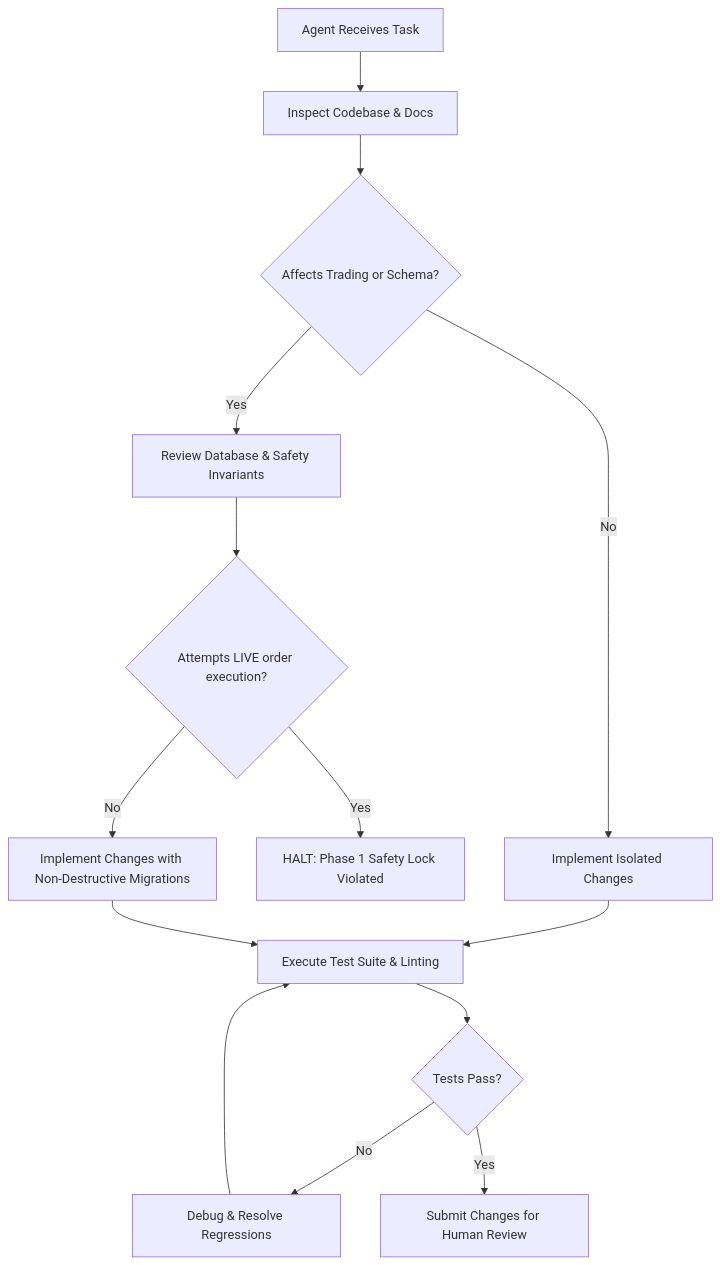
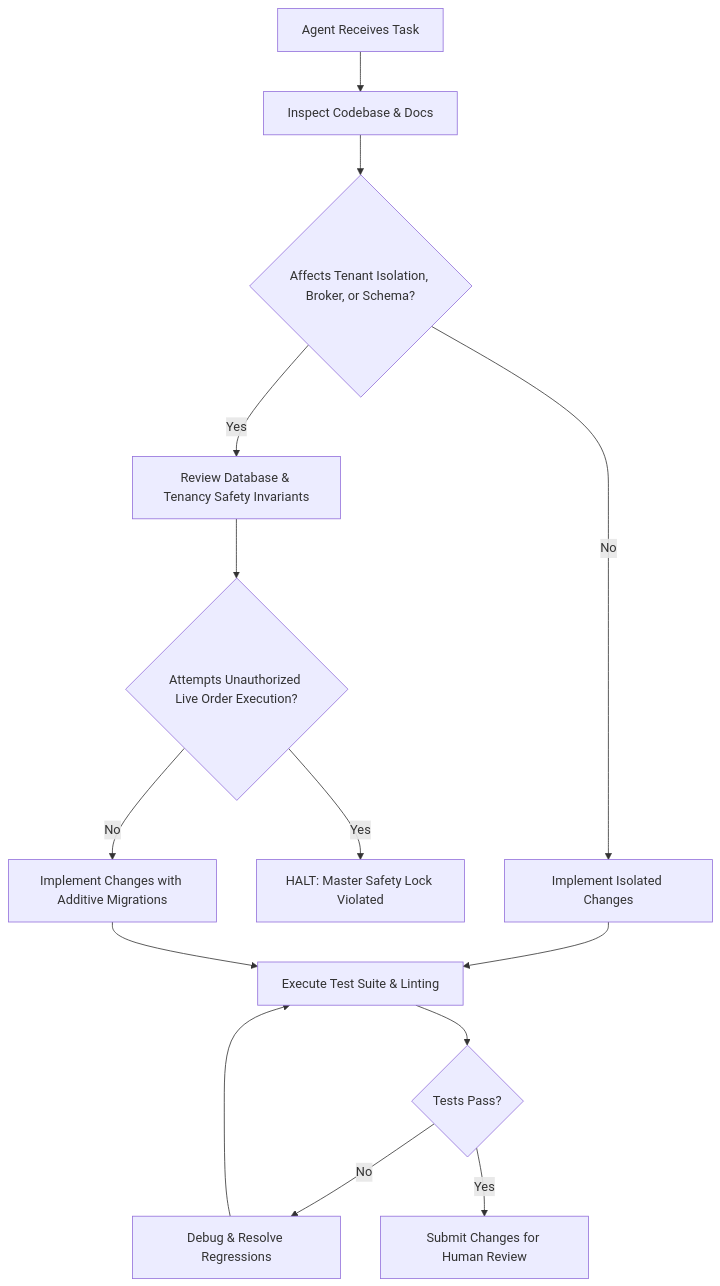
The diagram in AGENTS.md (Vinkal93/AutoTrader-3.0), drawn with Mermaid before and after one commit. The commit also changed other lines of this file and 10 other files, not shown here.

Commit message:
docs(saas): establish multi-tenant multi-broker SaaS architecture, regulatory compliance, and master governance suite

````diff
--- a/AGENTS.md
+++ b/AGENTS.md
@@ -116,16 +111,16 @@
 ```mermaid
 flowchart TD
     A["Agent Receives Task"] --> B["Inspect Codebase & Docs"]
-    B --> C{"Affects Trading or Schema?"}
-    C -- Yes --> D["Review Database & Safety Invariants"]
+    B --> C{"Affects Tenant Isolation, Broker, or Schema?"}
+    C -- Yes --> D["Review Database & Tenancy Safety Invariants"]
     C -- No --> E["Implement Isolated Changes"]
-    D --> F{"Attempts LIVE order execution?"}
-    F -- Yes --> G["HALT: Phase 1 Safety Lock Violated"]
-    F -- No --> H["Implement Changes with Non-Destructive Migrations"]
+    D --> F{"Attempts Unauthorized Live Order Execution?"}
+    F -- Yes --> G["HALT: Master Safety Lock Violated"]
+    F -- No --> H["Implement Changes with Additive Migrations"]
     E --> I["Execute Test Suite & Linting"]
     H --> I
     I --> J{"Tests Pass?"}
     J -- No --> K["Debug & Resolve Regressions"]
     K --> I
     J -- Yes --> L["Submit Changes for Human Review"]
 ```
````
